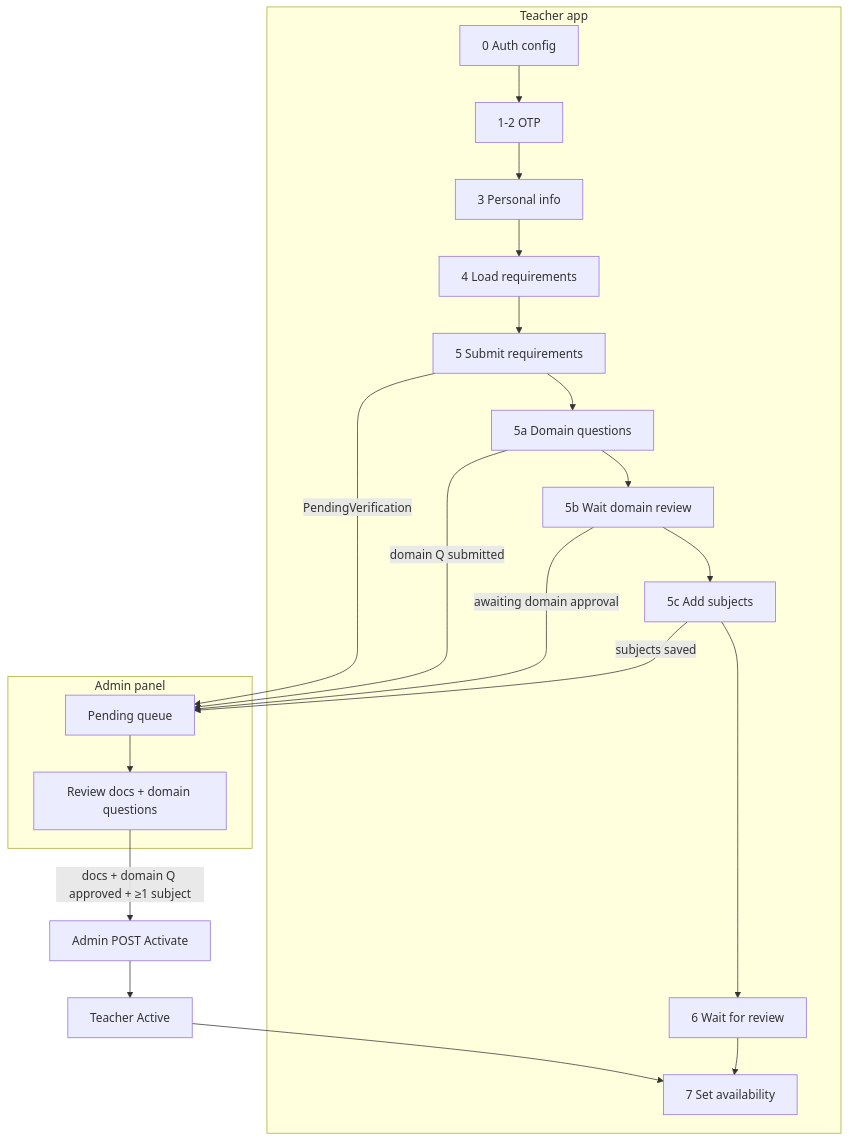
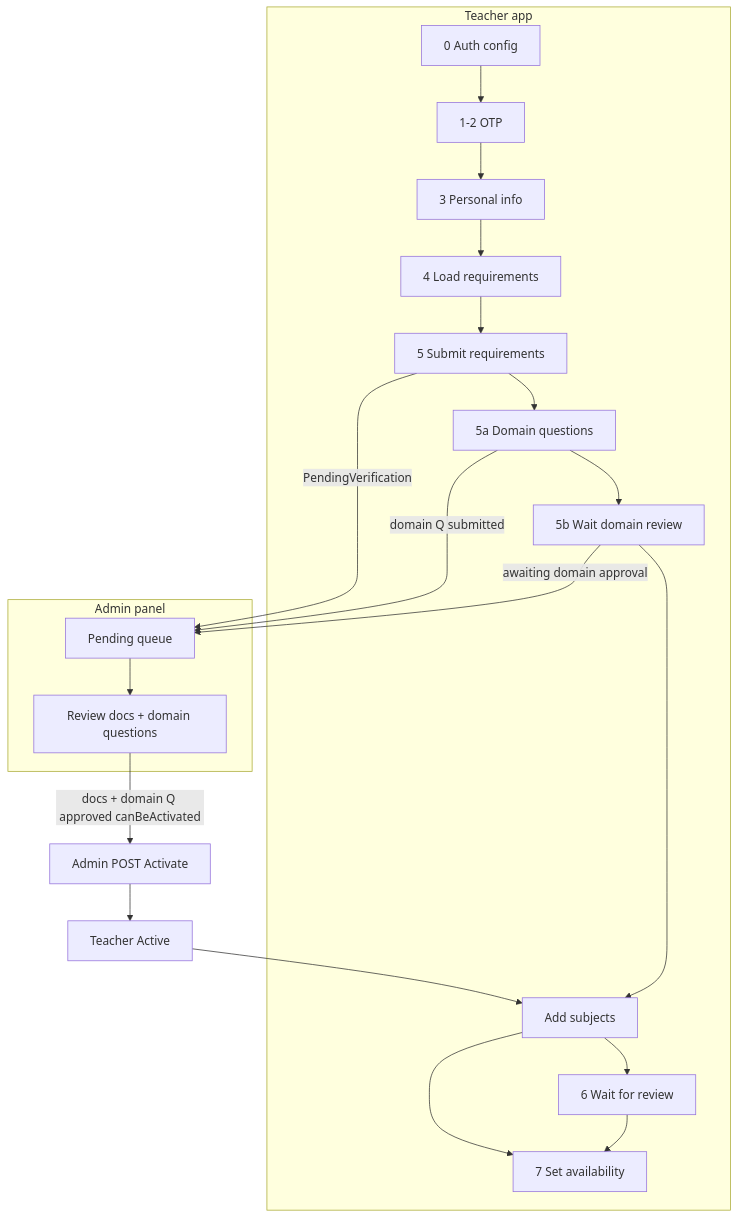
The first of 2 diagrams in docs/Teacher-Registration-Flow.md (Mozaffer249/Qalam), drawn with Mermaid before and after one commit. The commit also changed other lines of this file and 4 other files, not shown here.

First line of the commit message:
refactor(teacher-registration): update subject addition logic and registration flow

````diff
--- a/docs/Teacher-Registration-Flow.md
+++ b/docs/Teacher-Registration-Flow.md
@@ -45,33 +43,33 @@
 ```mermaid
 flowchart TB
   subgraph teacher [Teacher app]
     S0[0 Auth config]
     S1[1-2 OTP]
     S3[3 Personal info]
     S4[4 Load requirements]
     S5[5 Submit requirements]
     S5a[5a Domain questions]
     S5b[5b Wait domain review]
     S5c[5c Add subjects]
     S6[6 Wait for review]
     S7[7 Set availability]
     S0 --> S1 --> S3 --> S4 --> S5
     S5 --> S5a --> S5b --> S5c
     S5c --> S6
     S6 --> S7
   end
 
   subgraph admin [Admin panel]
     Q[Pending queue]
     R[Review docs + domain questions]
     Q --> R
   end
 
   S5 -->|PendingVerification| Q
   S5a -->|domain Q submitted| Q
   S5b -->|awaiting domain approval| Q
-  S5c -->|subjects saved| Q
-  R -->|docs + domain Q approved + ≥1 subject| AUTH[Admin POST Activate]
+  R -->|docs + domain Q approved canBeActivated| AUTH[Admin POST Activate]
   AUTH --> ACTIVE[Teacher Active]
-  ACTIVE --> S7
+  ACTIVE --> S5c[Add subjects]
+  S5c --> S7
 ```
````
